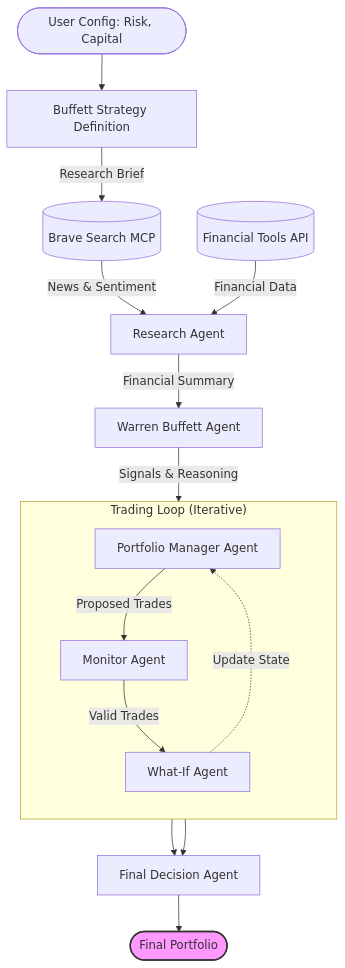
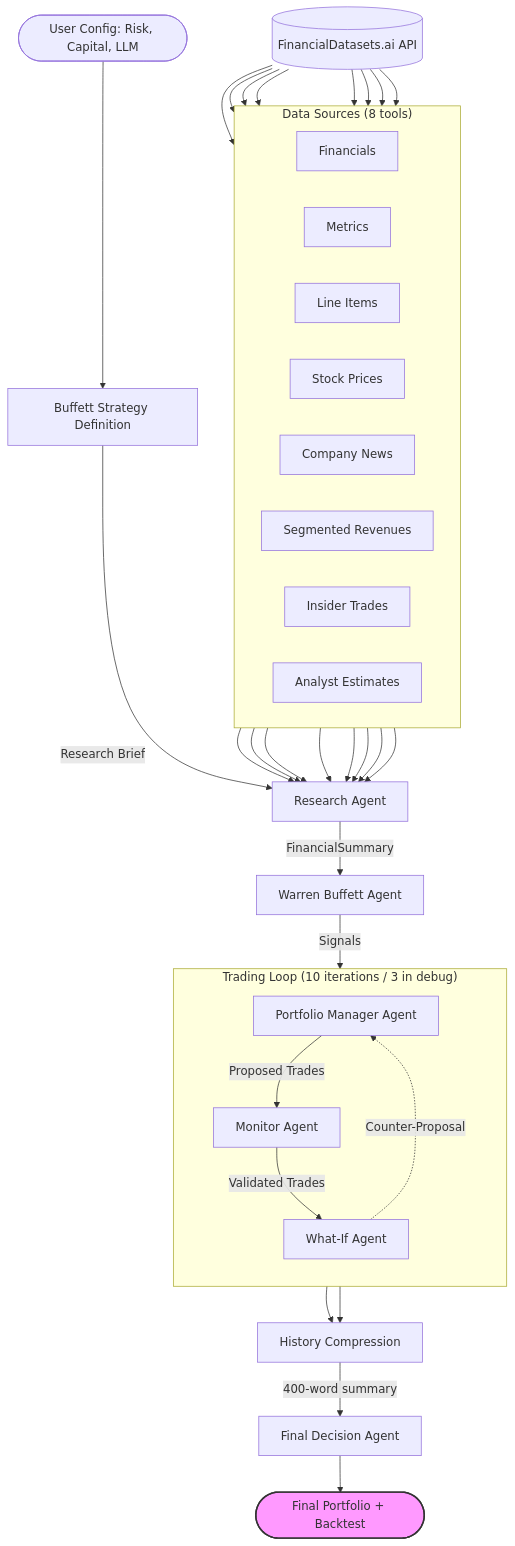
Before and after one commit to fede-giorgi/AI-Agent-Driven-Hedge-Fund: the diagram in README.md, drawn with Mermaid. The commit also changed other lines of this file and 25 other files, not shown here.

````diff
--- a/README.md
+++ b/README.md
@@ -34,39 +34,52 @@
 ```mermaid
 graph TD
     %% Nodes
-    User([User Config: Risk, Capital])
-    Tools[(Financial Tools API)]
+    User([User Config: Risk, Capital, LLM])
+    FinDat[(FinancialDatasets.ai API)]
     Strategy[Buffett Strategy Definition]
-    MCP[(Brave Search MCP)]
     Research[Research Agent]
     Buffett[Warren Buffett Agent]
-    
-    subgraph "Trading Loop (Iterative)"
+
+    subgraph "Data Sources (8 tools)"
+        direction LR
+        T1[Financials]
+        T2[Metrics]
+        T3[Line Items]
+        T4[Stock Prices]
+        T5[Company News]
+        T6[Segmented Revenues]
+        T7[Insider Trades]
+        T8[Analyst Estimates]
+    end
+
+    subgraph "Trading Loop (10 iterations / 3 in debug)"
         direction TB
         PM[Portfolio Manager Agent]
         Monitor[Monitor Agent]
         WhatIf[What-If Agent]
     end
-    
+
+    Compress[History Compression]
     Final[Final Decision Agent]
-    Output([Final Portfolio])
+    Output([Final Portfolio + Backtest])
 
     %% Edges
     User --> Strategy
-    Strategy -- "Research Brief" --> MCP
-    MCP -- "News & Sentiment" --> Research
-    Tools -- "Financial Data" --> Research
-    Research -- "Financial Summary" --> Buffett
-    Buffett -- "Signals & Reasoning" --> PM
-    
+    Strategy -- "Research Brief" --> Research
+    FinDat --> T1 & T2 & T3 & T4 & T5 & T6 & T7 & T8
+    T1 & T2 & T3 & T4 & T5 & T6 & T7 & T8 --> Research
+    Research -- "FinancialSummary" --> Buffett
+    Buffett -- "Signals" --> PM
+
     PM -- "Proposed Trades" --> Monitor
-    Monitor -- "Valid Trades" --> WhatIf
-    WhatIf -.-> |"Update State"| PM
-    
-    WhatIf --> Final
-    PM --> Final
+    Monitor -- "Validated Trades" --> WhatIf
+    WhatIf -.-> |"Counter-Proposal"| PM
+
+    WhatIf --> Compress
+    PM --> Compress
+    Compress -- "400-word summary" --> Final
     Final --> Output
-    
+
     %% Styling
     style Output fill:#f9f,stroke:#333,stroke-width:2px
 ```
````
